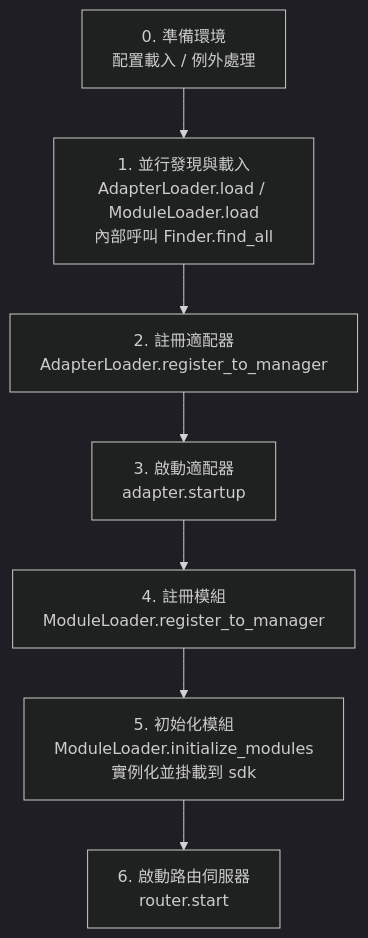
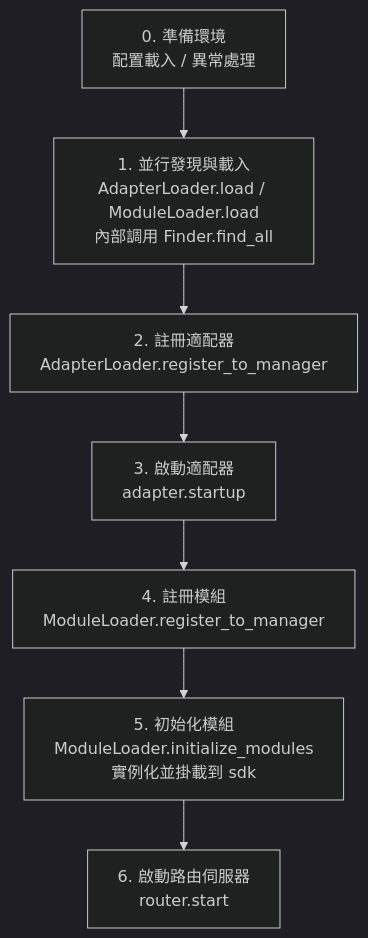
The diagram in docs/zh-TW/advanced/startup.md (ErisPulse/ErisPulse), drawn with Mermaid (dark theme) before and after one commit. The commit also changed other lines of this file and 622 other files, not shown here.

````diff
--- a/docs/zh-TW/advanced/startup.md
+++ b/docs/zh-TW/advanced/startup.md
@@ -27,10 +27,10 @@
 ```mermaid
 flowchart TD
-    A[0. 準備環境<br/>配置載入 / 例外處理] --> B
-    B[1. 並行發現與載入<br/>AdapterLoader.load / ModuleLoader.load<br/>內部呼叫 Finder.find_all] --> C
+    A[0. 準備環境<br/>配置載入 / 異常處理] --> B
+    B[1. 並行發現與載入<br/>AdapterLoader.load / ModuleLoader.load<br/>內部調用 Finder.find_all] --> C
     C[2. 註冊適配器<br/>AdapterLoader.register_to_manager] --> D
     D[3. 啟動適配器<br/>adapter.startup] --> E
     E[4. 註冊模組<br/>ModuleLoader.register_to_manager] --> F
     F[5. 初始化模組<br/>ModuleLoader.initialize_modules<br/>實例化並掛載到 sdk] --> G
     G[6. 啟動路由伺服器<br/>router.start]
 ```
````
